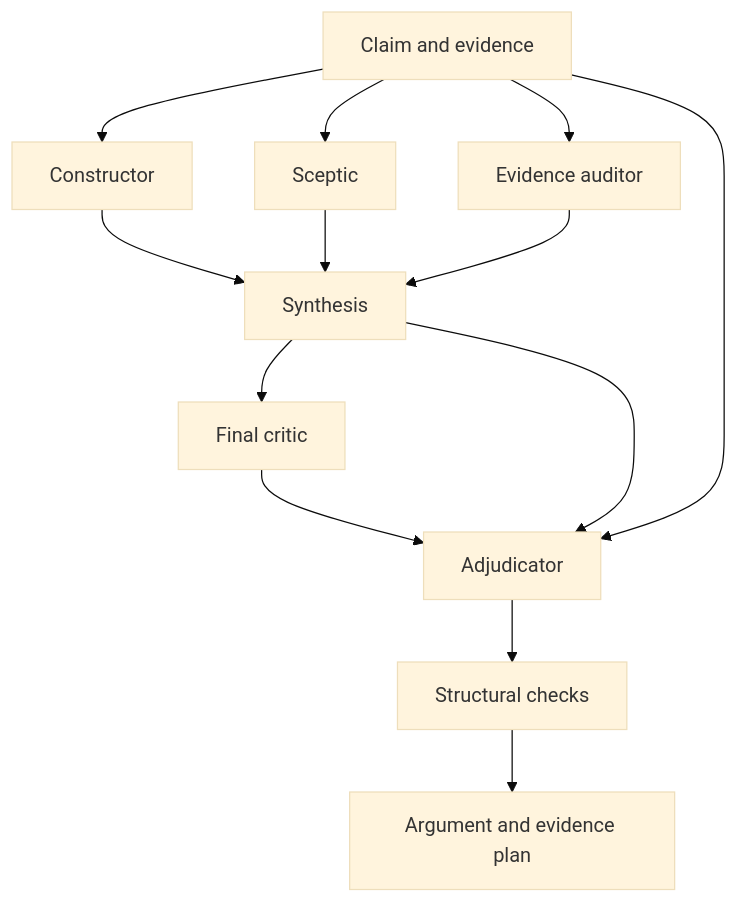
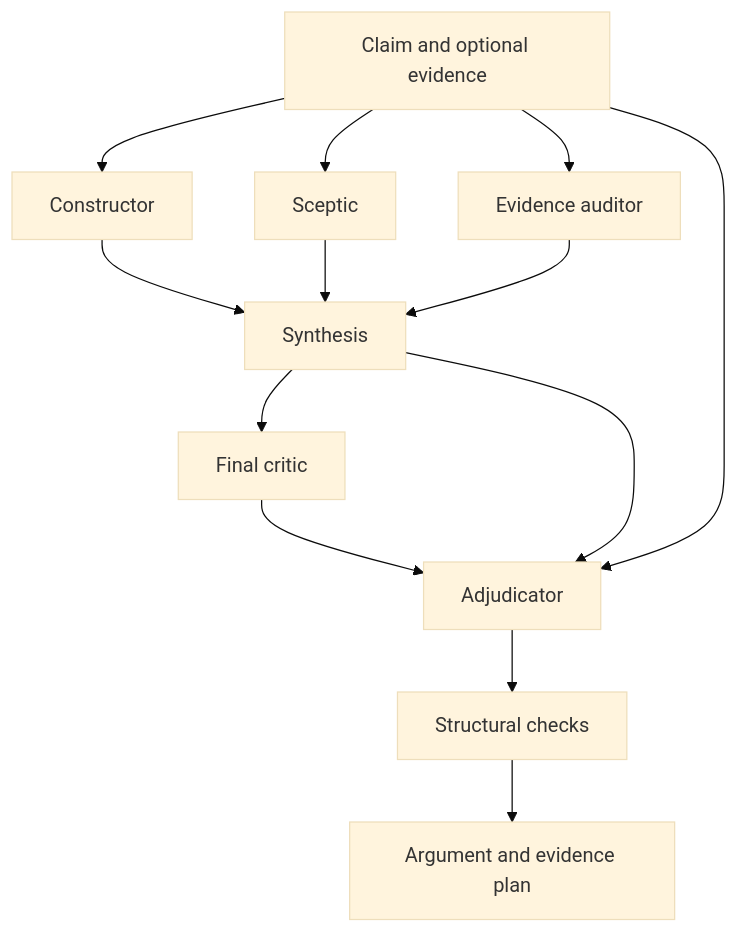
One commit to emmett08/engarg changed the diagram in README.md. Above: the diagram before and after it, drawn with Mermaid (base theme). The commit also changed other lines of this file and 13 other files, not shown here.

````diff
--- a/README.md
+++ b/README.md
@@ -193,15 +205,15 @@
 ```mermaid
 flowchart TD
-    I["Claim and evidence"] --> C["Constructor"]
+    I["Claim and optional evidence"] --> C["Constructor"]
     I --> S["Sceptic"]
     I --> E["Evidence auditor"]
     C --> Y["Synthesis"]
     S --> Y
     E --> Y
     Y --> F["Final critic"]
     F --> A["Adjudicator"]
     Y --> A
     I --> A
     A --> V["Structural checks"]
     V --> O["Argument and evidence plan"]
 ```
````
